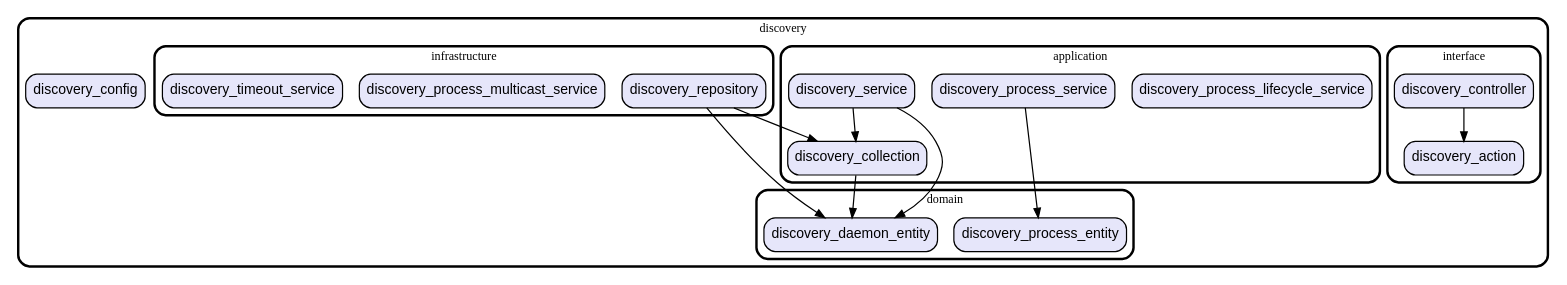
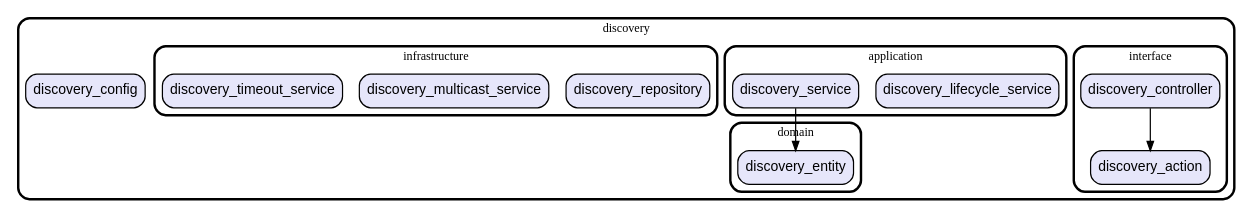
Before and after one commit to gev/reacthome-mobile: the diagram in graph/lib/features/discovery.dot, drawn with Graphviz. The commit also changed 13 other files, not shown here.

Commit message:
update the modules dependencies graph

```diff
--- a/graph/lib/features/discovery.dot
+++ b/graph/lib/features/discovery.dot
@@ -1,51 +1,40 @@
 digraph "" {
   graph [style=rounded fontname="Arial Black" fontsize=13 penwidth=2.6];
   node [shape=rect style="filled,rounded" fontname=Arial fontsize=15 fillcolor=Lavender penwidth=1.3];
   edge [penwidth=1.3];
   "/interface/discovery_controller.dart" [label="discovery_controller"];
   "/interface/discovery_action.dart" [label="discovery_action"];
   "/discovery_config.dart" [label="discovery_config"];
-  "/application/discovery_process_lifecycle_service.dart" [label="discovery_process_lifecycle_service"];
-  "/application/discovery_process_service.dart" [label="discovery_process_service"];
-  "/application/discovery_collection.dart" [label="discovery_collection"];
+  "/application/discovery_lifecycle_service.dart" [label="discovery_lifecycle_service"];
   "/application/discovery_service.dart" [label="discovery_service"];
   "/infrastructure/discovery_repository.dart" [label="discovery_repository"];
-  "/infrastructure/discovery_process_multicast_service.dart" [label="discovery_process_multicast_service"];
+  "/infrastructure/discovery_multicast_service.dart" [label="discovery_multicast_service"];
   "/infrastructure/discovery_timeout_service.dart" [label="discovery_timeout_service"];
-  "/domain/discovery_daemon_entity.dart" [label="discovery_daemon_entity"];
-  "/domain/discovery_process_entity.dart" [label="discovery_process_entity"];
+  "/domain/discovery_entity.dart" [label="discovery_entity"];
   subgraph "cluster~" {
     label="discovery";
     "/discovery_config.dart";
     subgraph "cluster~/interface" {
       label="interface";
       "/interface/discovery_controller.dart";
       "/interface/discovery_action.dart";
     }
     subgraph "cluster~/application" {
       label="application";
-      "/application/discovery_process_lifecycle_service.dart";
-      "/application/discovery_process_service.dart";
-      "/application/discovery_collection.dart";
+      "/application/discovery_lifecycle_service.dart";
       "/application/discovery_service.dart";
     }
     subgraph "cluster~/infrastructure" {
       label="infrastructure";
       "/infrastructure/discovery_repository.dart";
-      "/infrastructure/discovery_process_multicast_service.dart";
+      "/infrastructure/discovery_multicast_service.dart";
       "/infrastructure/discovery_timeout_service.dart";
     }
     subgraph "cluster~/domain" {
       label="domain";
-      "/domain/discovery_daemon_entity.dart";
-      "/domain/discovery_process_entity.dart";
+      "/domain/discovery_entity.dart";
     }
   }
   "/interface/discovery_controller.dart" -> "/interface/discovery_action.dart";
-  "/application/discovery_process_service.dart" -> "/domain/discovery_process_entity.dart";
-  "/application/discovery_collection.dart" -> "/domain/discovery_daemon_entity.dart";
-  "/application/discovery_service.dart" -> "/application/discovery_collection.dart";
-  "/application/discovery_service.dart" -> "/domain/discovery_daemon_entity.dart";
-  "/infrastructure/discovery_repository.dart" -> "/application/discovery_collection.dart";
-  "/infrastructure/discovery_repository.dart" -> "/domain/discovery_daemon_entity.dart";
+  "/application/discovery_service.dart" -> "/domain/discovery_entity.dart";
 }
```
